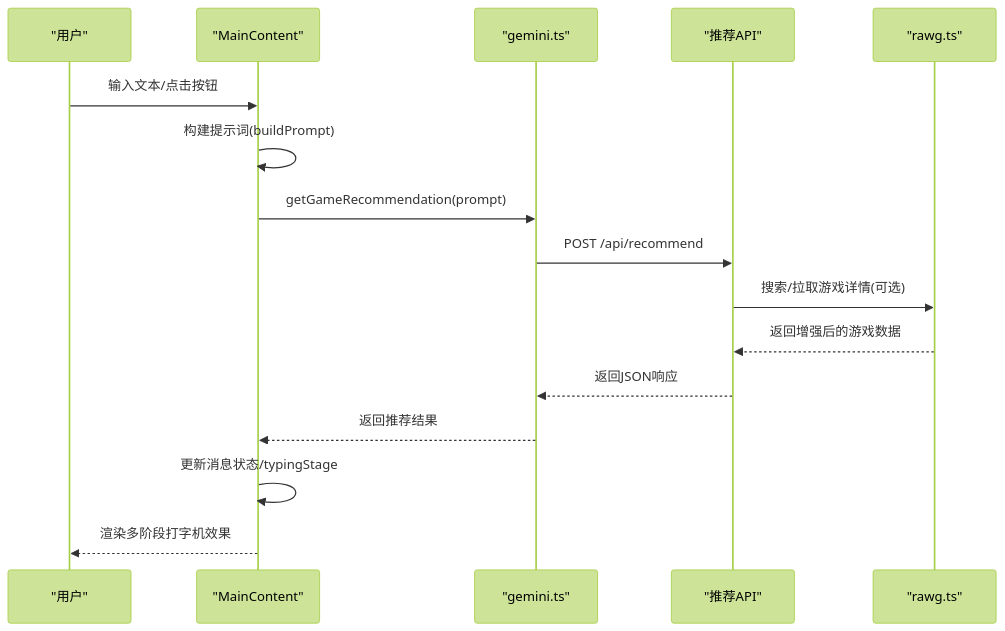
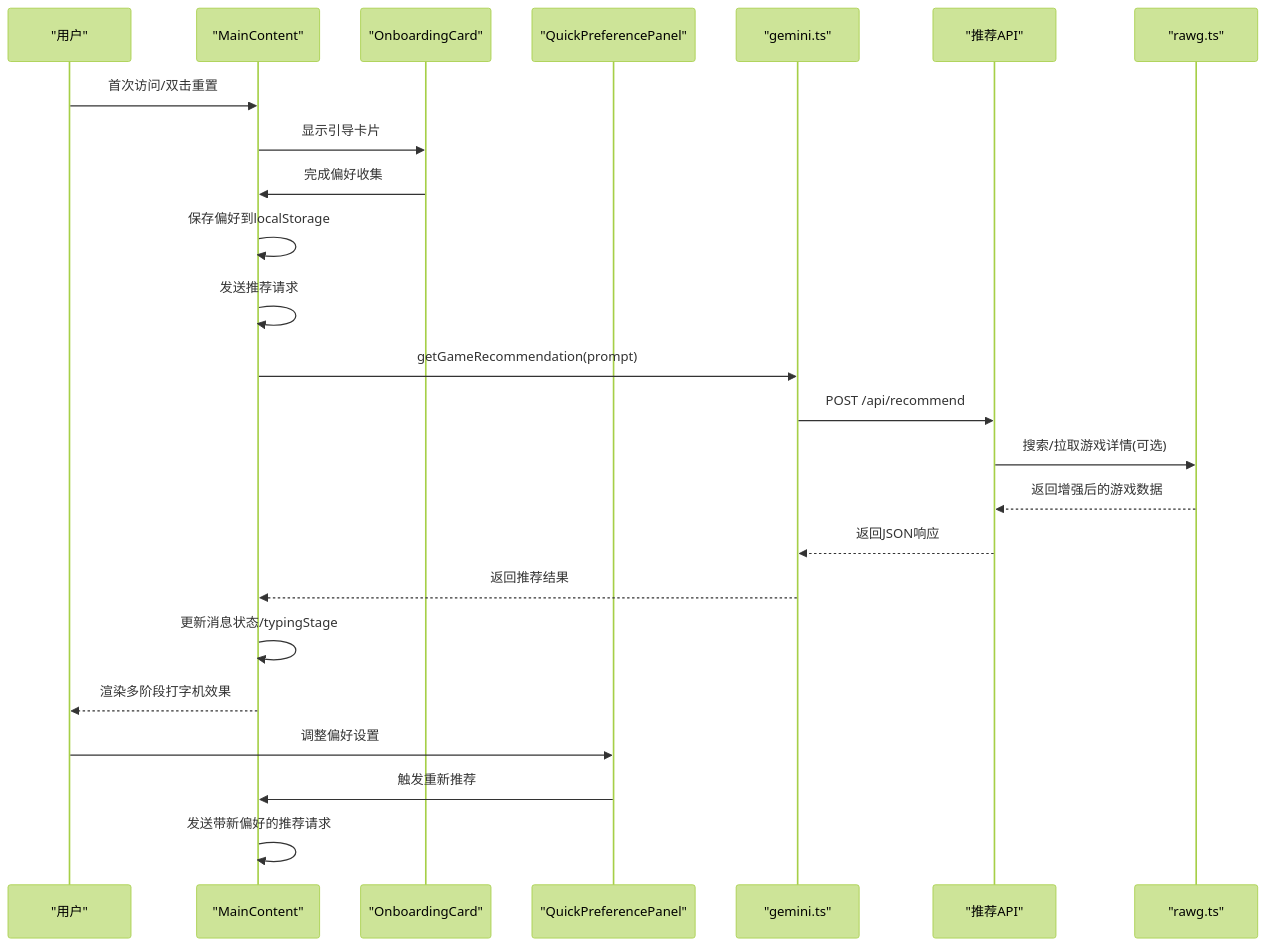
Before and after one commit to Jason-6300/JoyMate: the second of 7 diagrams in .qoder/repowiki/zh/content/核心组件/主内容组件.md, drawn with Mermaid (forest theme). The commit also changed other lines of this file and 184 other files, not shown here.

````diff
--- a/.qoder/repowiki/zh/content/核心组件/主内容组件.md
+++ b/.qoder/repowiki/zh/content/核心组件/主内容组件.md
@@ -110,18 +119,26 @@
 ```mermaid
 sequenceDiagram
 participant U as "用户"
 participant MC as "MainContent"
+participant OC as "OnboardingCard"
+participant QPP as "QuickPreferencePanel"
 participant SVC as "gemini.ts"
 participant API as "推荐API"
 participant RAWG as "rawg.ts"
-U->>MC : 输入文本/点击按钮
-MC->>MC : 构建提示词(buildPrompt)
+U->>MC : 首次访问/双击重置
+MC->>OC : 显示引导卡片
+OC->>MC : 完成偏好收集
+MC->>MC : 保存偏好到localStorage
+MC->>MC : 发送推荐请求
 MC->>SVC : getGameRecommendation(prompt)
 SVC->>API : POST /api/recommend
 API->>RAWG : 搜索/拉取游戏详情(可选)
 RAWG-->>API : 返回增强后的游戏数据
 API-->>SVC : 返回JSON响应
 SVC-->>MC : 返回推荐结果
 MC->>MC : 更新消息状态/typingStage
 MC-->>U : 渲染多阶段打字机效果
+U->>QPP : 调整偏好设置
+QPP->>MC : 触发重新推荐
+MC->>MC : 发送带新偏好的推荐请求
 ```
````
